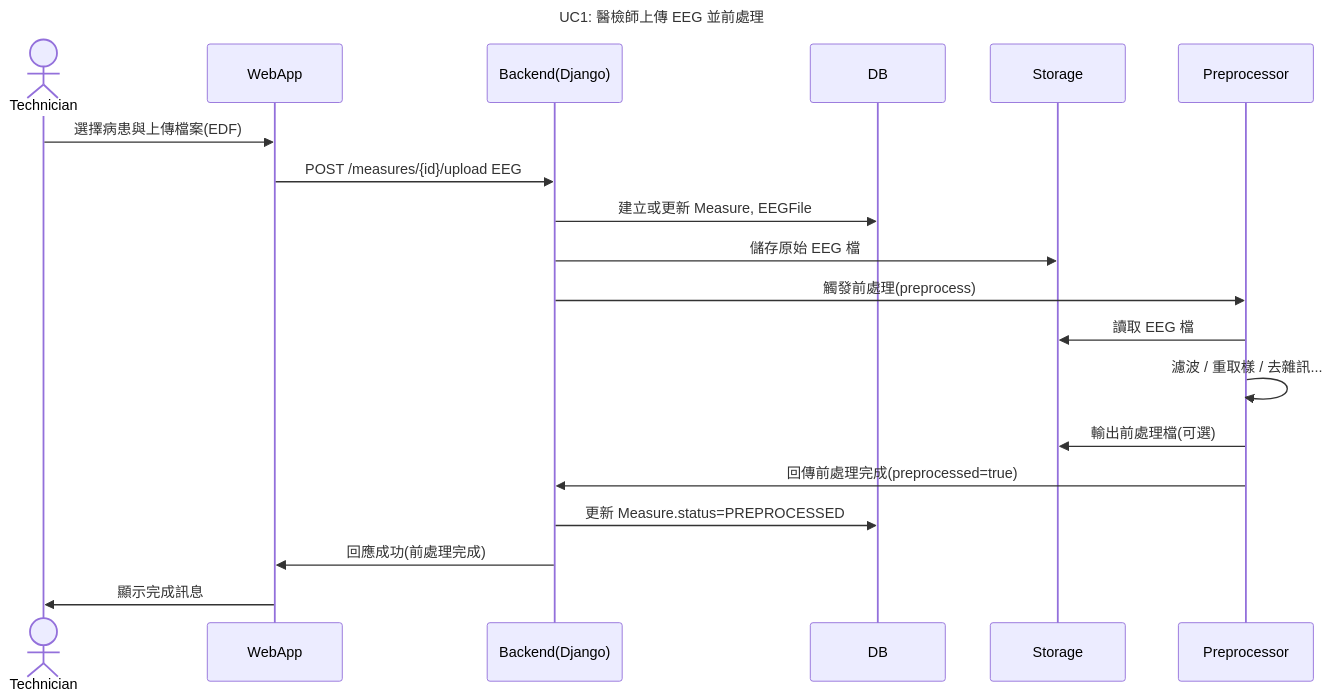
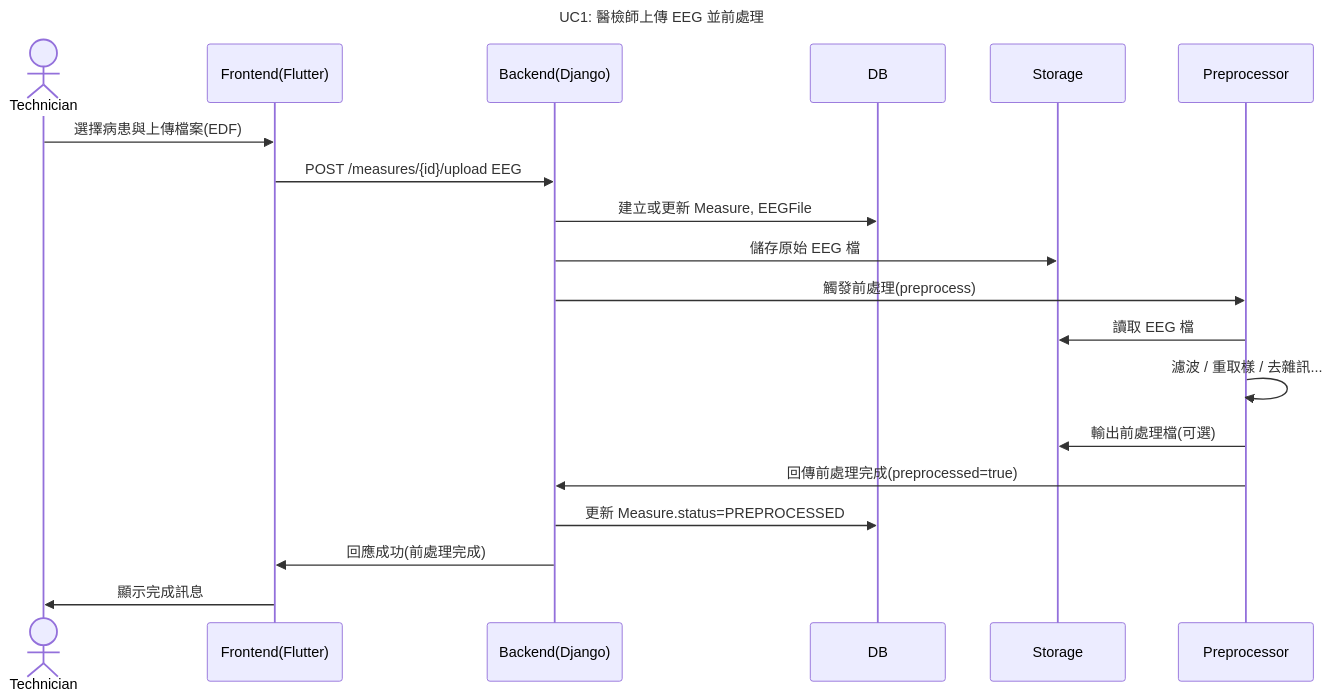
Before and after one commit to EEGReport-SystemAnalysis/One-Click-EEG-Report-Generation-System: the second of 7 diagrams in hw5.md, drawn with Mermaid. The commit also changed other lines of this file, not shown here.

````diff
--- a/hw5.md
+++ b/hw5.md
@@ -128,23 +128,23 @@
 ```mermaid
 sequenceDiagram
     title UC1: 醫檢師上傳 EEG 並前處理
     actor Technician
-    participant UI as WebApp
+    participant UI as Frontend(Flutter)
     participant API as Backend(Django)
     participant DB as DB
     participant FS as Storage
     participant PP as Preprocessor
 
     Technician ->> UI: 選擇病患與上傳檔案(EDF)
     UI ->> API: POST /measures/{id}/upload EEG
     API ->> DB: 建立或更新 Measure, EEGFile
     API ->> FS: 儲存原始 EEG 檔
     API ->> PP: 觸發前處理(preprocess)
     PP ->> FS: 讀取 EEG 檔
     PP ->> PP: 濾波 / 重取樣 / 去雜訊...
     PP ->> FS: 輸出前處理檔(可選)
     PP ->> API: 回傳前處理完成(preprocessed=true)
     API ->> DB: 更新 Measure.status=PREPROCESSED
     API ->> UI: 回應成功(前處理完成)
     UI ->> Technician: 顯示完成訊息
 ```
````
